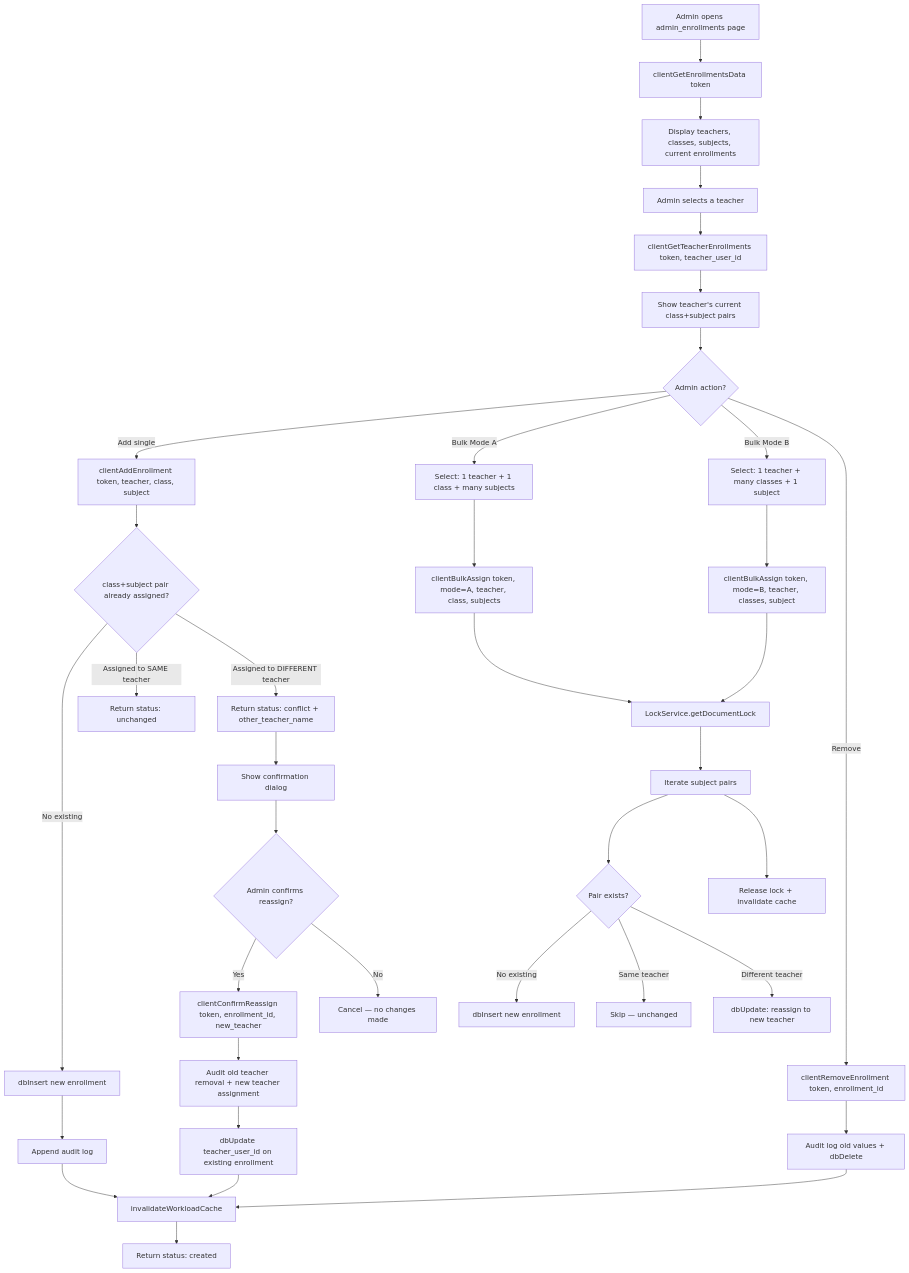
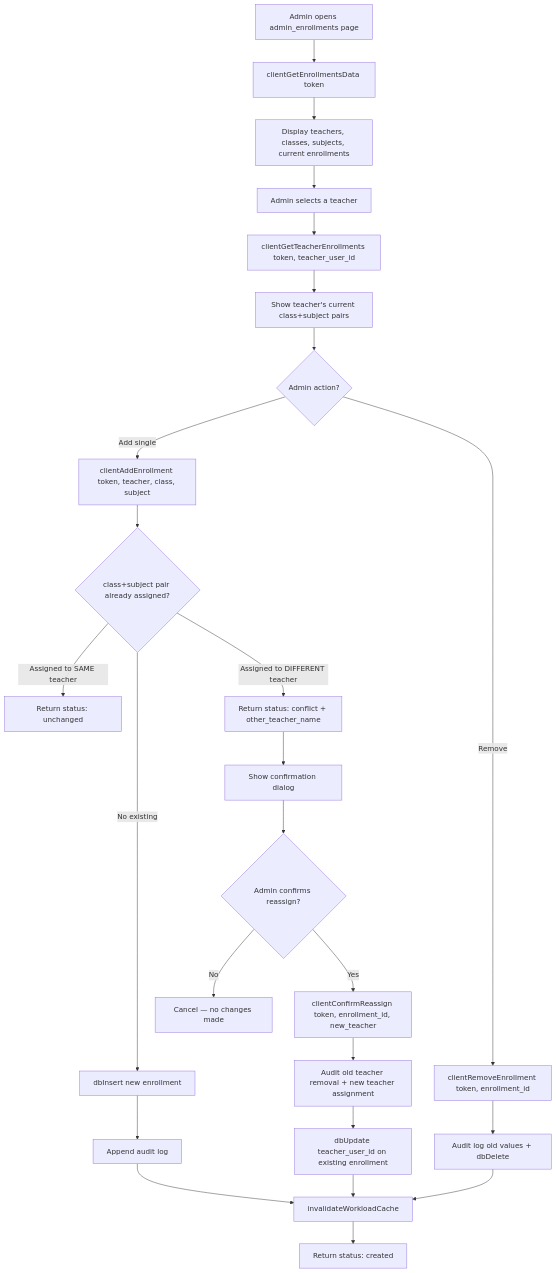
The fourth of 12 diagrams in system_design/2.3_Process_Design.md (dimon-ton/popoWebApp), drawn with Mermaid before and after one commit. The commit also changed other lines of this file and 11 other files, not shown here.

````diff
--- a/system_design/2.3_Process_Design.md
+++ b/system_design/2.3_Process_Design.md
@@ -190,43 +190,29 @@
 ```mermaid
 flowchart TD
     A[Admin opens admin_enrollments page] --> B[clientGetEnrollmentsData token]
     B --> C[Display teachers, classes, subjects, current enrollments]
     C --> D[Admin selects a teacher]
     D --> E[clientGetTeacherEnrollments token, teacher_user_id]
     E --> F[Show teacher's current class+subject pairs]
 
     F --> G{Admin action?}
     G -- Add single --> H[clientAddEnrollment token, teacher, class, subject]
     H --> I{class+subject pair already assigned?}
     I -- No existing --> J[dbInsert new enrollment]
     J --> K[Append audit log]
     K --> L[invalidateWorkloadCache]
     L --> M[Return status: created]
     I -- Assigned to SAME teacher --> N[Return status: unchanged]
     I -- Assigned to DIFFERENT teacher --> O[Return status: conflict + other_teacher_name]
     O --> P[Show confirmation dialog]
     P --> Q{Admin confirms reassign?}
     Q -- Yes --> R[clientConfirmReassign token, enrollment_id, new_teacher]
     R --> S[Audit old teacher removal + new teacher assignment]
     S --> T[dbUpdate teacher_user_id on existing enrollment]
     T --> L
     Q -- No --> U[Cancel — no changes made]
 
-    G -- Bulk Mode A --> V[Select: 1 teacher + 1 class + many subjects]
-    V --> W[clientBulkAssign token, mode=A, teacher, class, subjects]
-    W --> X[LockService.getDocumentLock]
-    X --> Y[Iterate subject pairs]
-    Y --> Z{Pair exists?}
-    Z -- No existing --> AA[dbInsert new enrollment]
-    Z -- Same teacher --> AB[Skip — unchanged]
-    Z -- Different teacher --> AC[dbUpdate: reassign to new teacher]
-    Y --> AD[Release lock + invalidate cache]
-
-    G -- Bulk Mode B --> AE[Select: 1 teacher + many classes + 1 subject]
-    AE --> AF[clientBulkAssign token, mode=B, teacher, classes, subject]
-    AF --> X
-
     G -- Remove --> AG[clientRemoveEnrollment token, enrollment_id]
     AG --> AH[Audit log old values + dbDelete]
     AH --> L
 ```
````
